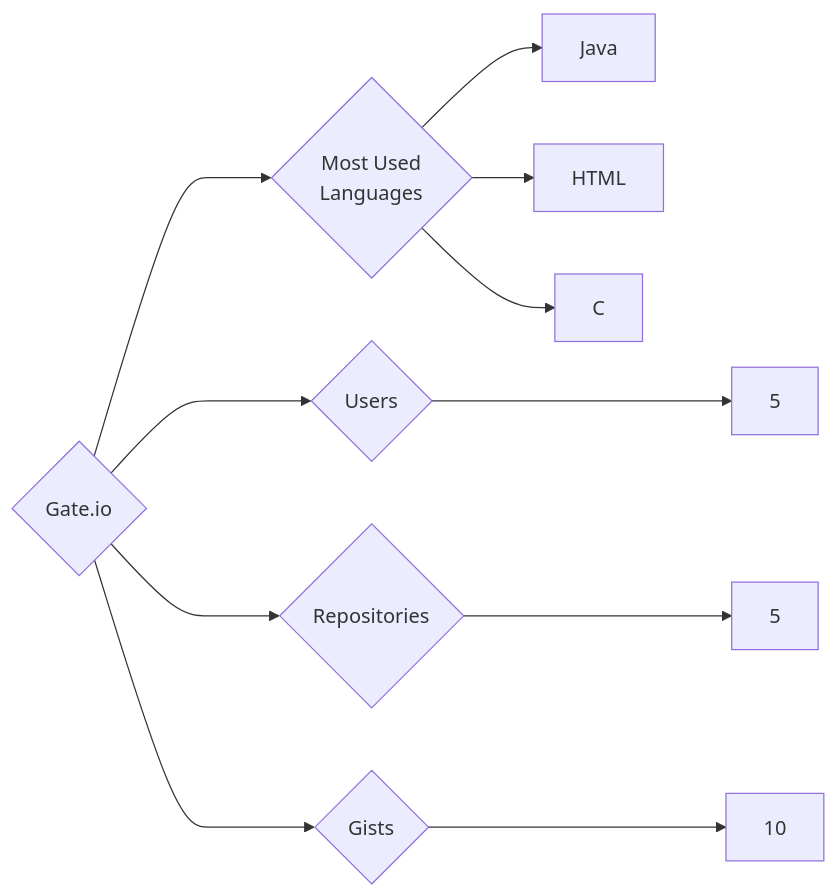
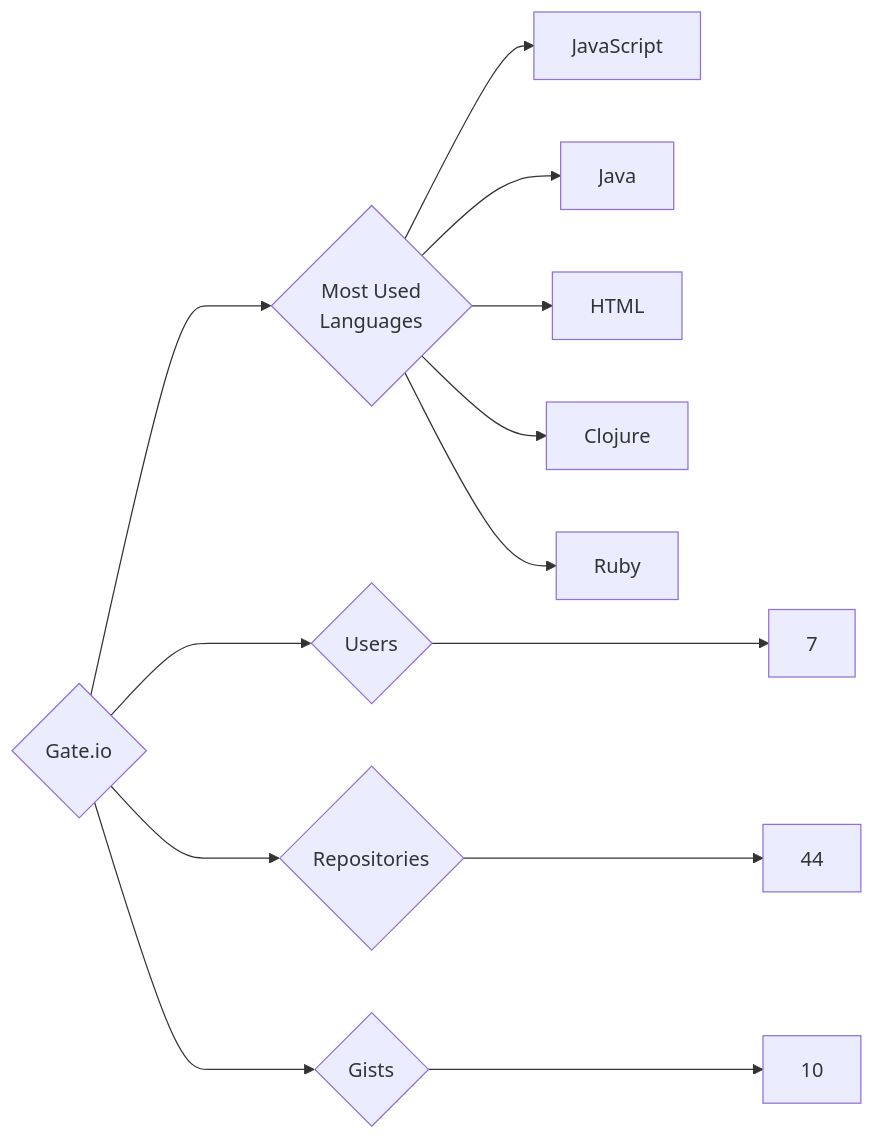
One commit to trickest/insiders changed the diagram in targets/Gate.io/README.md. Above: the diagram before and after it, drawn with Mermaid. The commit also changed 1149 other files, not shown here.

````diff
--- a/targets/Gate.io/README.md
+++ b/targets/Gate.io/README.md
@@ -3,11 +3,13 @@
 ```mermaid
 graph LR
 COMPANY_NAME{Gate.io}
-COMPANY_NAME ---> U{Users} ---> UN[5]
-COMPANY_NAME ---> R{Repositories} ---> RN[5]
+COMPANY_NAME ---> U{Users} ---> UN[7]
+COMPANY_NAME ---> R{Repositories} ---> RN[44]
 COMPANY_NAME ---> G{Gists} ---> GN[10]
 COMPANY_NAME ---> ML{Most Used<br>Languages}
+ML --> JavaScript[JavaScript]
 ML --> Java[Java]
 ML --> HTML[HTML]
-ML --> C[C]
+ML --> Clojure[Clojure]
+ML --> Ruby[Ruby]
 ```
````
